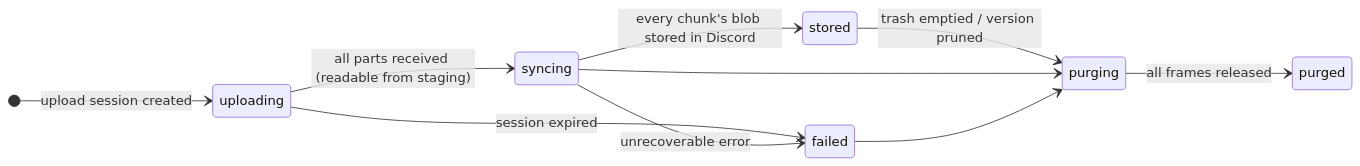
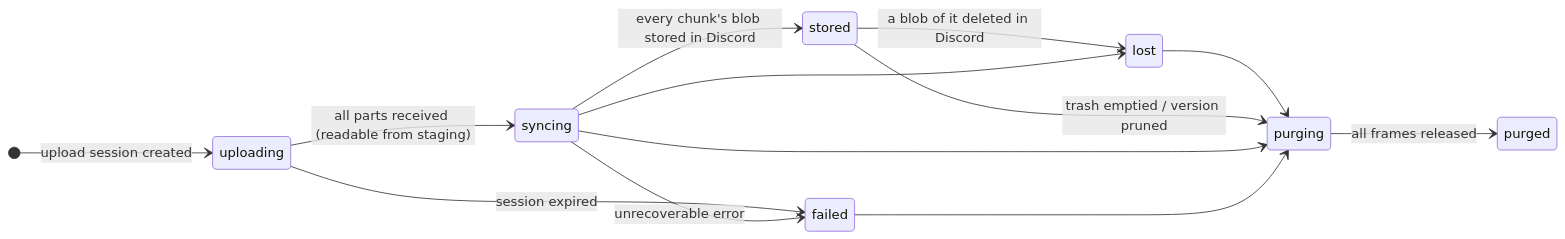
One commit to AlexB8675/DFS changed the fourth of 10 diagrams in docs/DESIGN.md. Above: the diagram before and after it, drawn with Mermaid. The commit also changed other lines of this file and 36 other files, not shown here.

````diff
--- a/docs/DESIGN.md
+++ b/docs/DESIGN.md
@@ -344,13 +344,16 @@
 ```mermaid
 stateDiagram-v2
     direction LR
     [*] --> uploading : upload session created
     uploading --> syncing : all parts received (readable from staging)
     syncing --> stored : every chunk's blob stored in Discord
+    stored --> lost : a blob of it deleted in Discord
+    syncing --> lost
+    lost --> purging
     uploading --> failed : session expired
     syncing --> failed : unrecoverable error
     stored --> purging : trash emptied / version pruned
     syncing --> purging
     failed --> purging
     purging --> purged : all frames released
 ```
````
